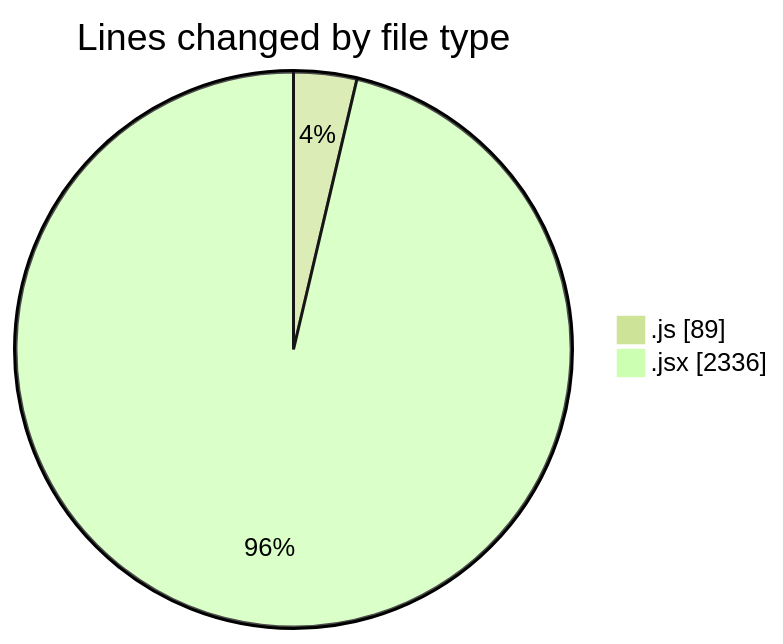
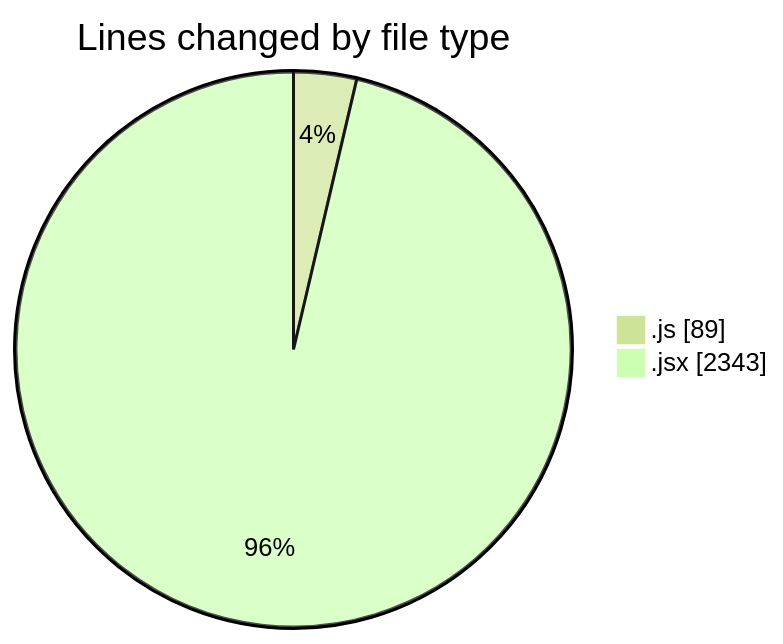
The first of 2 diagrams in 2025-05-03/nxtqube_webapp/README.md (nxtqubesakshisongat/code-tracking), drawn with Mermaid (forest theme) before and after one commit. The commit also changed other lines of this file and 1 other file, not shown here.

````diff
--- a/2025-05-03/nxtqube_webapp/README.md
+++ b/2025-05-03/nxtqube_webapp/README.md
@@ -23,6 +23,6 @@
 ```mermaid
 pie showData
 title Lines changed by file type
 ".js" : 89
-".jsx" : 2336
+".jsx" : 2343
 ```
````
